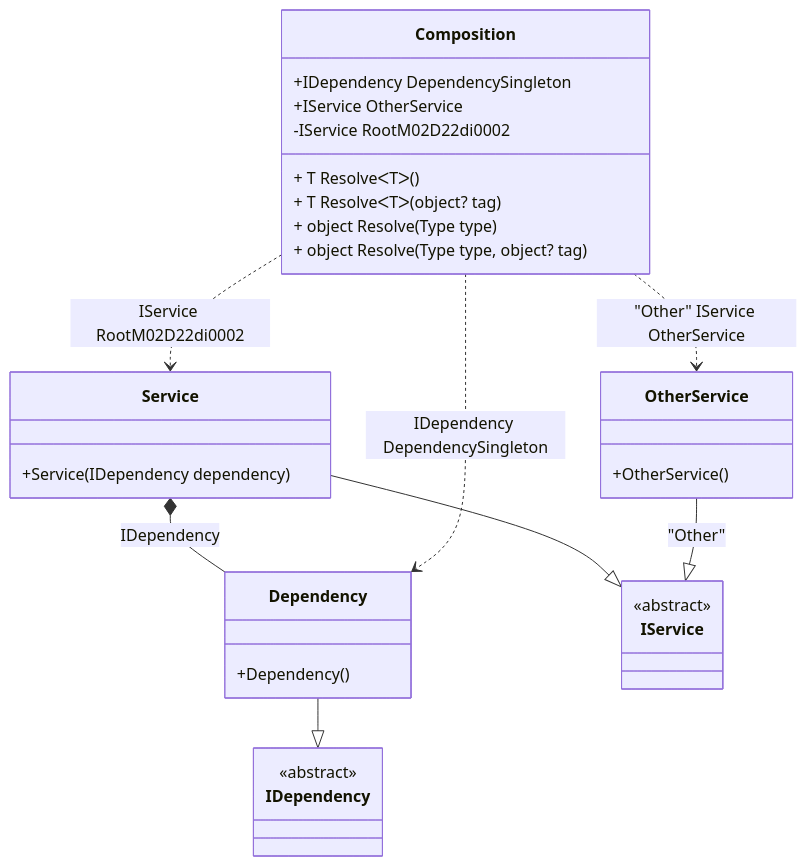
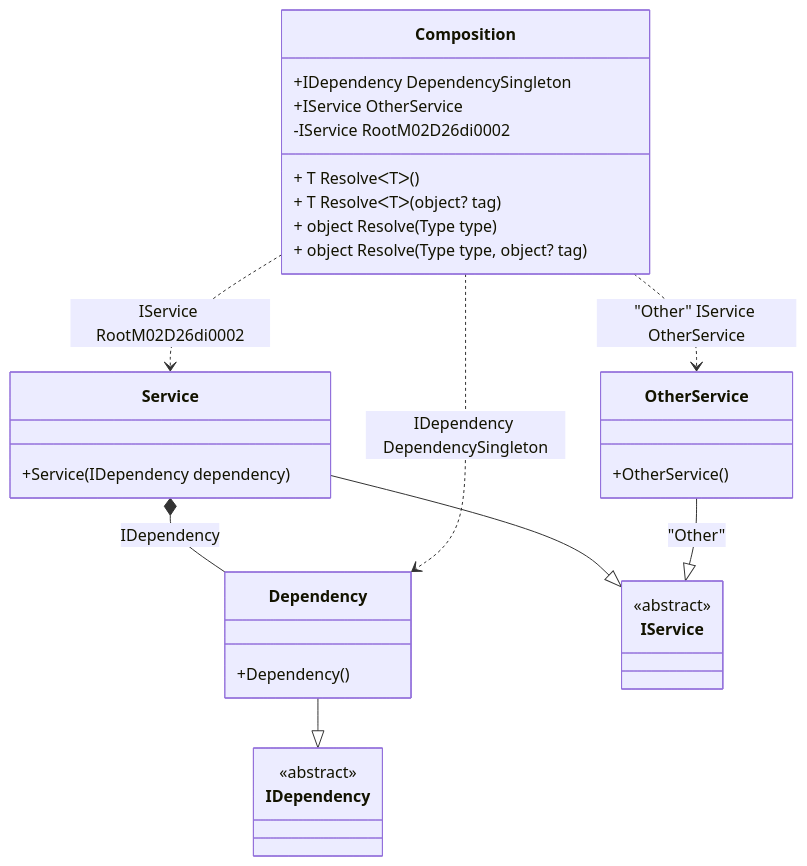
Before and after one commit to DevTeam/Pure.DI: the diagram in readme/resolve-methods.md, drawn with Mermaid. The commit also changed other lines of this file and 69 other files, not shown here.

````diff
--- a/readme/resolve-methods.md
+++ b/readme/resolve-methods.md
@@ -45,34 +45,34 @@
 ```mermaid
 classDiagram
   class Composition {
     +IDependency DependencySingleton
     +IService OtherService
-    -IService RootM02D22di0002
+    -IService RootM02D26di0002
     + T ResolveᐸTᐳ()
     + T ResolveᐸTᐳ(object? tag)
     + object Resolve(Type type)
     + object Resolve(Type type, object? tag)
   }
   Dependency --|> IDependency : 
   class Dependency {
     +Dependency()
   }
   Service --|> IService : 
   class Service {
     +Service(IDependency dependency)
   }
   OtherService --|> IService : "Other" 
   class OtherService {
     +OtherService()
   }
   class IDependency {
     <<abstract>>
   }
   class IService {
     <<abstract>>
   }
   Service *--  Dependency : IDependency
   Composition ..> Dependency : IDependency DependencySingleton
-  Composition ..> Service : IService RootM02D22di0002
+  Composition ..> Service : IService RootM02D26di0002
   Composition ..> OtherService : "Other" IService OtherService
 ```
````
